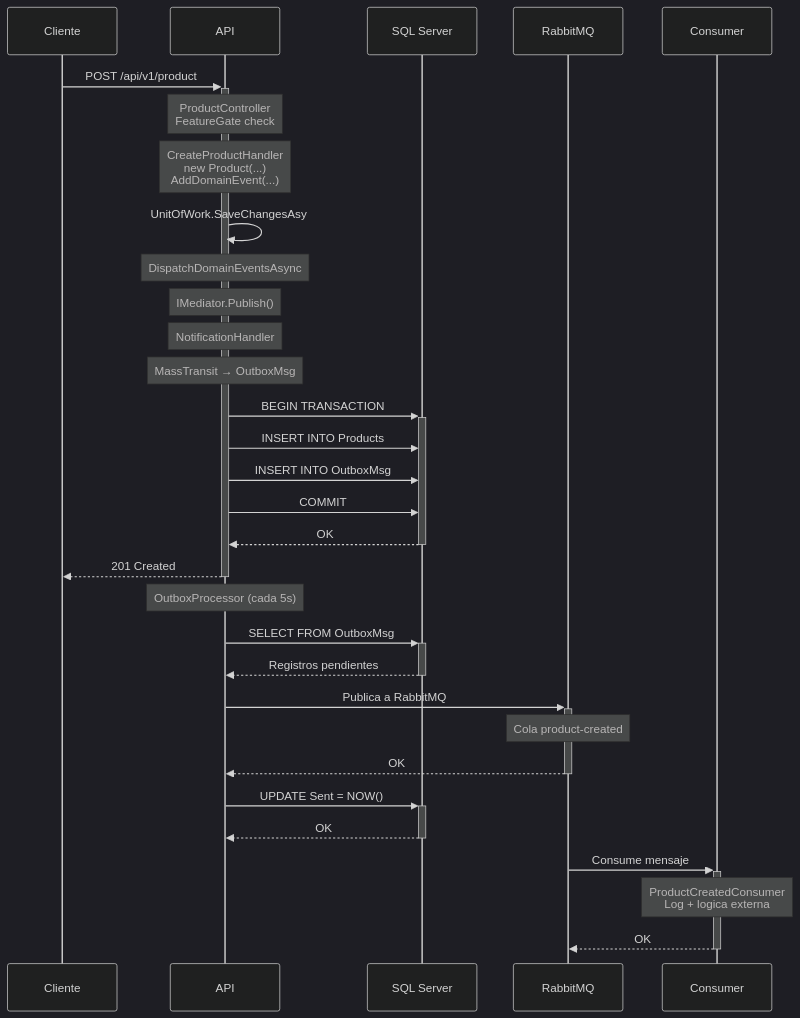
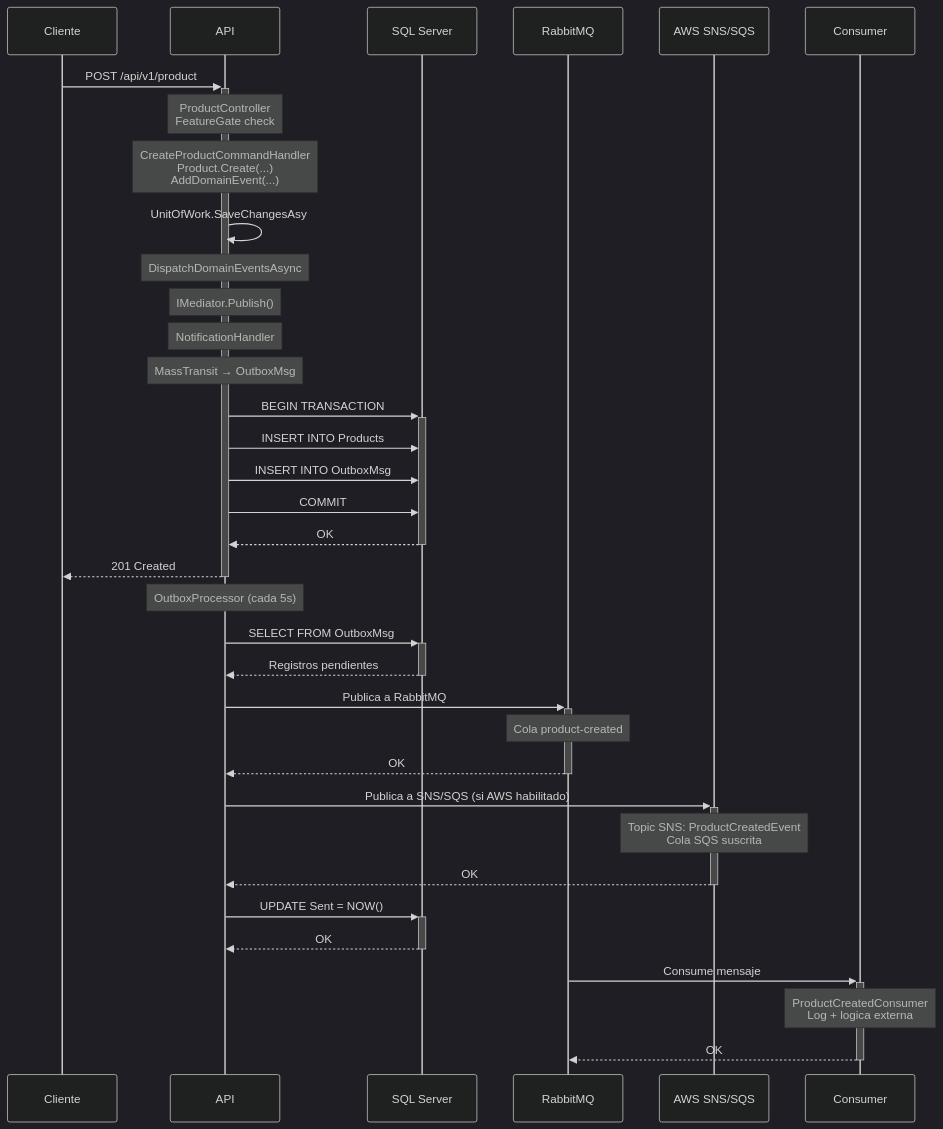
One commit to AcoranGonzalezMoray/SoftwareLearningGuide changed the seventh of 7 diagrams in docs/README.md. Above: the diagram before and after it, drawn with Mermaid (dark theme). The commit also changed other lines of this file and 22 other files, not shown here.

````diff
--- a/docs/README.md
+++ b/docs/README.md
@@ -540,41 +610,46 @@
 ```mermaid
 sequenceDiagram
     participant C as Cliente
     participant API as API
     participant SQL as SQL Server
     participant RMQ as RabbitMQ
+    participant AWS as AWS SNS/SQS
     participant CON as Consumer
     
     C->>+API: POST /api/v1/product
     Note over API: ProductController<br/>FeatureGate check
-    Note over API: CreateProductHandler<br/>new Product(...)<br/>AddDomainEvent(...)
+    Note over API: CreateProductCommandHandler<br/>Product.Create(...)<br/>AddDomainEvent(...)
     
     API->>API: UnitOfWork.SaveChangesAsy
     Note over API: DispatchDomainEventsAsync
     Note over API: IMediator.Publish()
     Note over API: NotificationHandler
     Note over API: MassTransit → OutboxMsg
     
     API->>+SQL: BEGIN TRANSACTION
     API->>SQL: INSERT INTO Products
     API->>SQL: INSERT INTO OutboxMsg
     API->>SQL: COMMIT
     SQL-->>-API: OK
     
     API-->>-C: 201 Created
     
     Note over API: OutboxProcessor (cada 5s)
     API->>+SQL: SELECT FROM OutboxMsg
     SQL-->>-API: Registros pendientes
     
     API->>+RMQ: Publica a RabbitMQ
     Note over RMQ: Cola product-created
     RMQ-->>-API: OK
     
+    API->>+AWS: Publica a SNS/SQS (si AWS habilitado)
+    Note over AWS: Topic SNS: ProductCreatedEvent<br/>Cola SQS suscrita
+    AWS-->>-API: OK
+    
     API->>+SQL: UPDATE Sent = NOW()
     SQL-->>-API: OK
     
     RMQ->>+CON: Consume mensaje
     Note over CON: ProductCreatedConsumer<br/>Log + logica externa
     CON-->>-RMQ: OK
 ```
````
